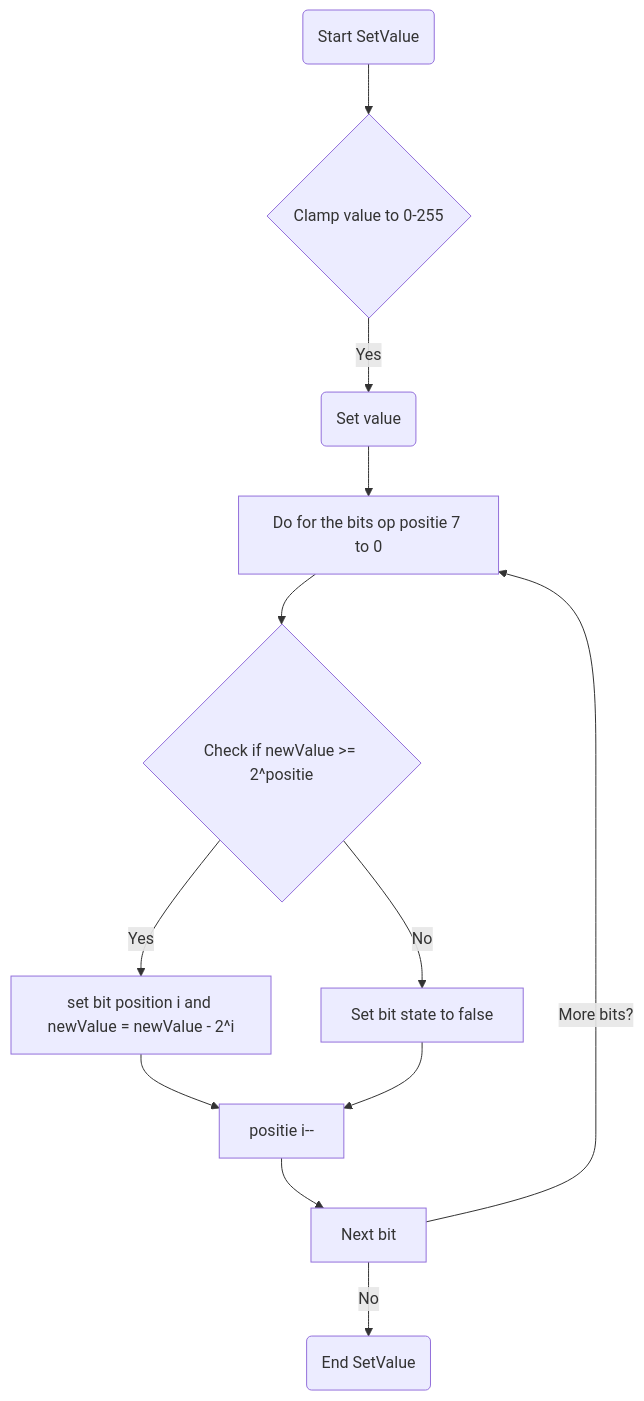
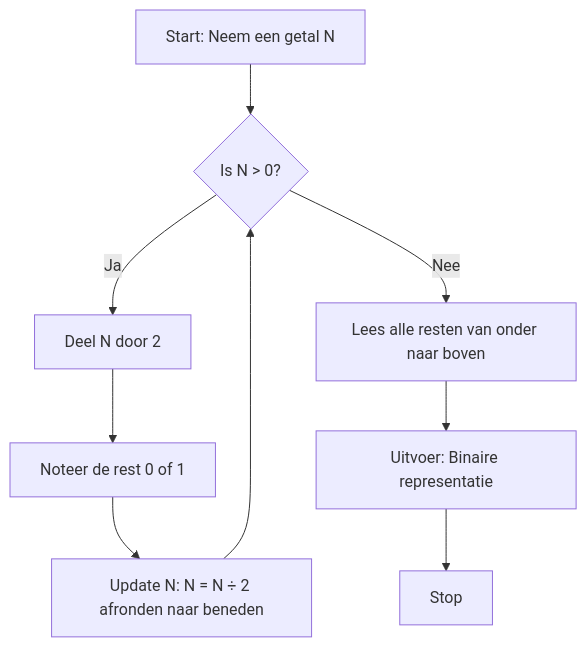
One commit to djsjollema/lessen-gamedevelopment changed the third of 3 diagrams in M3/wis/4-Byte(set)/README.md. Above: the diagram before and after it, drawn with Mermaid. The commit also changed other lines of this file, not shown here.

````diff
--- a/M3/wis/4-Byte(set)/README.md
+++ b/M3/wis/4-Byte(set)/README.md
@@ -67,17 +91,11 @@
 ```mermaid
-graph TD;
-    A(Start SetValue) --> B{Clamp value to 0-255}
-    B -->|Yes| C(Set value)
-    
-    C --> D[Do for the bits op positie 7 to 0]
-    D --> E{Check if newValue >= 2^positie}
-    E -->|Yes| F[set bit position i and newValue = newValue - 2^i]
-    E -->|No| G[Set bit state to false]
-    
-    F --> H[positie i--] --> I[Next bit]
-    G --> H
-    
-    I -->|More bits?| D
-    I -->|No| J(End SetValue)
-
+graph TD
+    A[Start: Neem een getal N] --> B{Is N > 0?}
+    B -- Ja --> C[Deel N door 2]
+    C --> D[Noteer de rest 0 of 1]
+    D --> E[Update N: N = N ÷ 2 afronden naar beneden]
+    E --> B
+    B -- Nee --> F[Lees alle resten van onder naar boven]
+    F --> G[Uitvoer: Binaire representatie]
+    G --> H[Stop]
 ```
````
